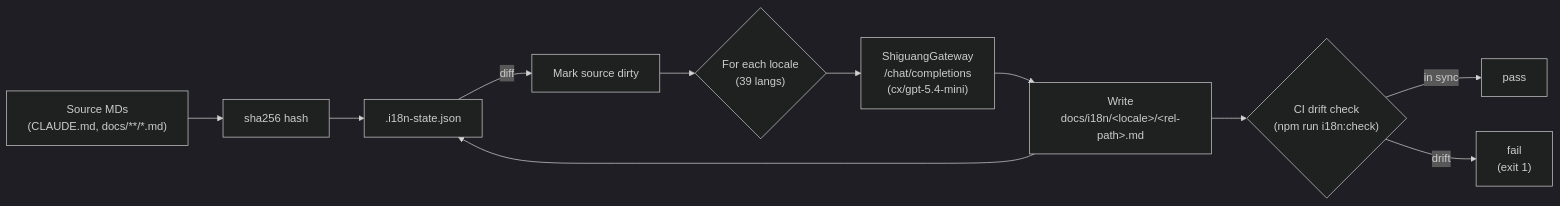
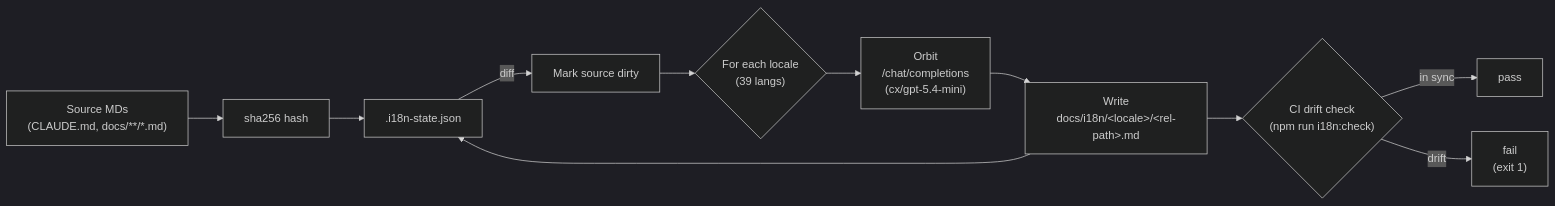
The diagram in packages/core/docs/diagrams/i18n-flow.mmd (shiguang-lab/orbit), drawn with Mermaid (dark theme) before and after one commit. The commit also changed 2405 other files, not shown here.

Commit message:
refactor: retire Shiguang Gateway identifiers

```diff
--- a/packages/core/docs/diagrams/i18n-flow.mmd
+++ b/packages/core/docs/diagrams/i18n-flow.mmd
@@ -1,14 +1,14 @@
 %% Incremental hash-based i18n pipeline
 %% Reflects: scripts/i18n/* and docs/i18n/<locale>/*.md mirror layout
 %% v3.8.0
 flowchart LR
   Src["Source MDs<br/>(CLAUDE.md, docs/**/*.md)"] --> Hash["sha256 hash"]
   Hash --> State[".i18n-state.json"]
   State -->|diff| Dirty["Mark source dirty"]
   Dirty --> Loop{"For each locale<br/>(39 langs)"}
-  Loop --> LLM["ShiguangGateway<br/>/chat/completions<br/>(cx/gpt-5.4-mini)"]
+  Loop --> LLM["Orbit<br/>/chat/completions<br/>(cx/gpt-5.4-mini)"]
   LLM --> Target["Write<br/>docs/i18n/&lt;locale&gt;/&lt;rel-path&gt;.md"]
   Target --> State
   Target --> CI{"CI drift check<br/>(npm run i18n:check)"}
   CI -->|in sync| Pass["pass"]
   CI -->|drift| Fail["fail<br/>(exit 1)"]
```
